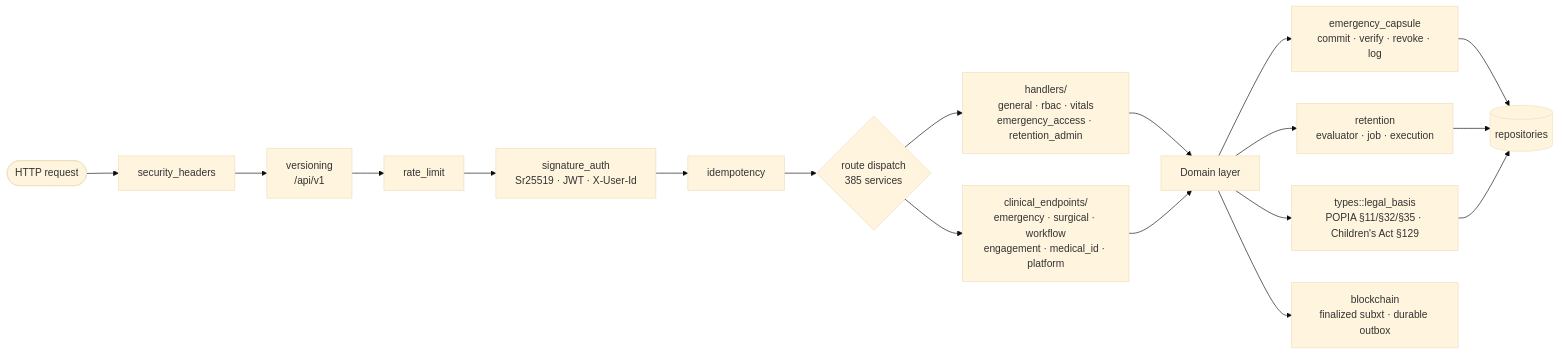
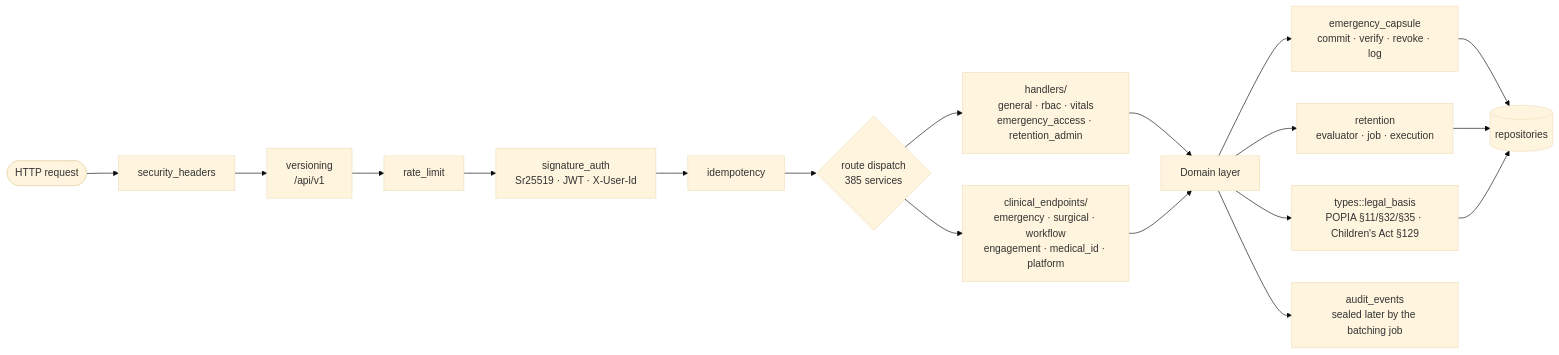
The third of 9 diagrams in docs/architecture.md (Lukau-Tech-Invasion/medichain), drawn with Mermaid (base theme) before and after one commit. The commit also changed other lines of this file and 244 other files, not shown here.

First line of the commit message:
Remove the blockchain; seal the audit stream instead (ADR-0010, phase A)

````diff
--- a/docs/architecture.md
+++ b/docs/architecture.md
@@ -135,24 +129,24 @@
 ```mermaid
 graph LR
     REQ(["HTTP request"]) --> SEC["security_headers"]
     SEC --> VER["versioning<br/>/api/v1"]
     VER --> RL["rate_limit"]
     RL --> AUTH["signature_auth<br/>Sr25519 · JWT · X-User-Id"]
     AUTH --> IDEM["idempotency"]
     IDEM --> ROUTE{"route dispatch<br/>385 services"}
 
     ROUTE --> GEN["handlers/<br/>general · rbac · vitals<br/>emergency_access · retention_admin"]
     ROUTE --> CLIN["clinical_endpoints/<br/>emergency · surgical · workflow<br/>engagement · medical_id · platform"]
 
     GEN --> SVC["Domain layer"]
     CLIN --> SVC
 
     SVC --> EC["emergency_capsule<br/>commit · verify · revoke · log"]
     SVC --> RET["retention<br/>evaluator · job · execution"]
     SVC --> LB["types::legal_basis<br/>POPIA §11/§32/§35 · Children's Act §129"]
-    SVC --> BC["blockchain<br/>finalized subxt · durable outbox"]
+    SVC --> BC["audit_events<br/>sealed later by the batching job"]
 
     EC --> RP[("repositories")]
     RET --> RP
     LB --> RP
 ```
````
